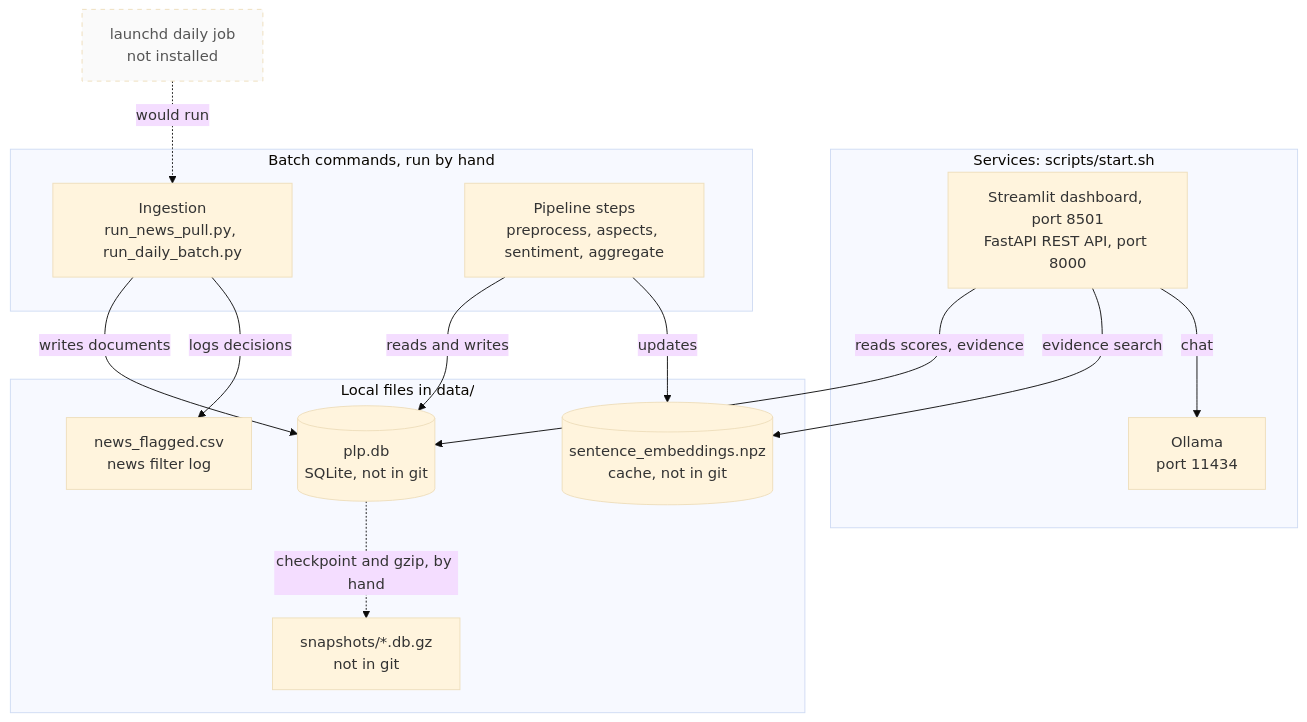
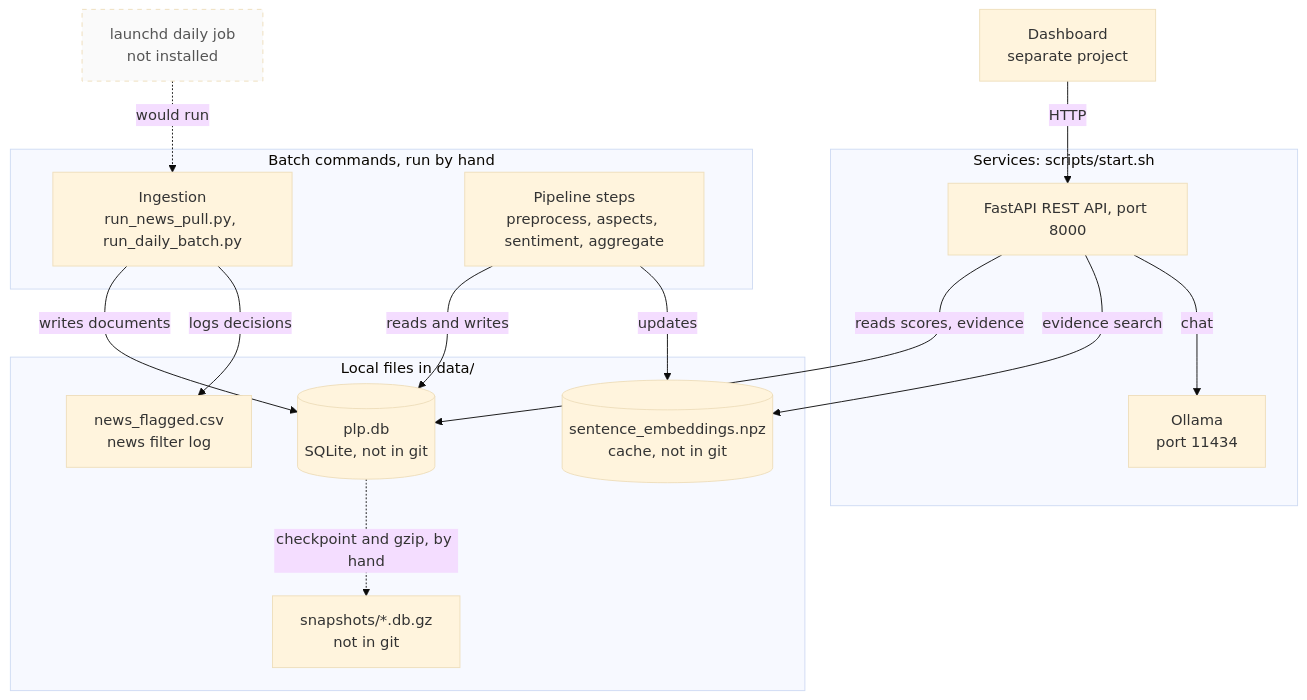
One commit to Gavingyh/plp-project changed the diagram in docs/diagrams/src/02-runtime.mmd. Above: the diagram before and after it, drawn with Mermaid (base theme). The commit also changed 62 other files, not shown here.

First line of the commit message:
Hand the dashboard to its own project; expose everything through the API

```diff
--- a/docs/diagrams/src/02-runtime.mmd
+++ b/docs/diagrams/src/02-runtime.mmd
@@ -1,35 +1,37 @@
 flowchart TB
   accTitle: Runtime view
-  accDescr: Three services started by scripts/start.sh, the batch commands run by hand, and the local files each reads or writes.
+  accDescr: The services started by scripts/start.sh, the separate dashboard that calls the API, the batch commands run by hand, and the local files each reads or writes.
 
   subgraph services["Services: scripts/start.sh"]
-    ui["Streamlit dashboard, port 8501<br/>FastAPI REST API, port 8000"]
+    ui["FastAPI REST API, port 8000"]
     oll["Ollama<br/>port 11434"]
   end
 
   subgraph files["Local files in data/"]
     db[("plp.db<br/>SQLite, not in git")]
     emb[("sentence_embeddings.npz<br/>cache, not in git")]
     flagged["news_flagged.csv<br/>news filter log"]
     snaps["snapshots/*.db.gz<br/>not in git"]
   end
 
   subgraph batch["Batch commands, run by hand"]
     pull["Ingestion<br/>run_news_pull.py, run_daily_batch.py"]
     pipe["Pipeline steps<br/>preprocess, aspects, sentiment, aggregate"]
   end
 
   plist["launchd daily job<br/>not installed"]
+  dash["Dashboard<br/>separate project"]
 
+  dash -- "HTTP" --> ui
   ui -- "reads scores, evidence" --> db
   ui -- "evidence search" --> emb
   ui -- "chat" --> oll
   pull -- "writes documents" --> db
   pull -- "logs decisions" --> flagged
   pipe -- "reads and writes" --> db
   pipe -- "updates" --> emb
   db -. "checkpoint and gzip, by hand" .-> snaps
   plist -. "would run" .-> pull
 
   classDef inactive stroke-dasharray: 5 5,color:#555,fill:#fafafa;
   class plist inactive;
```
